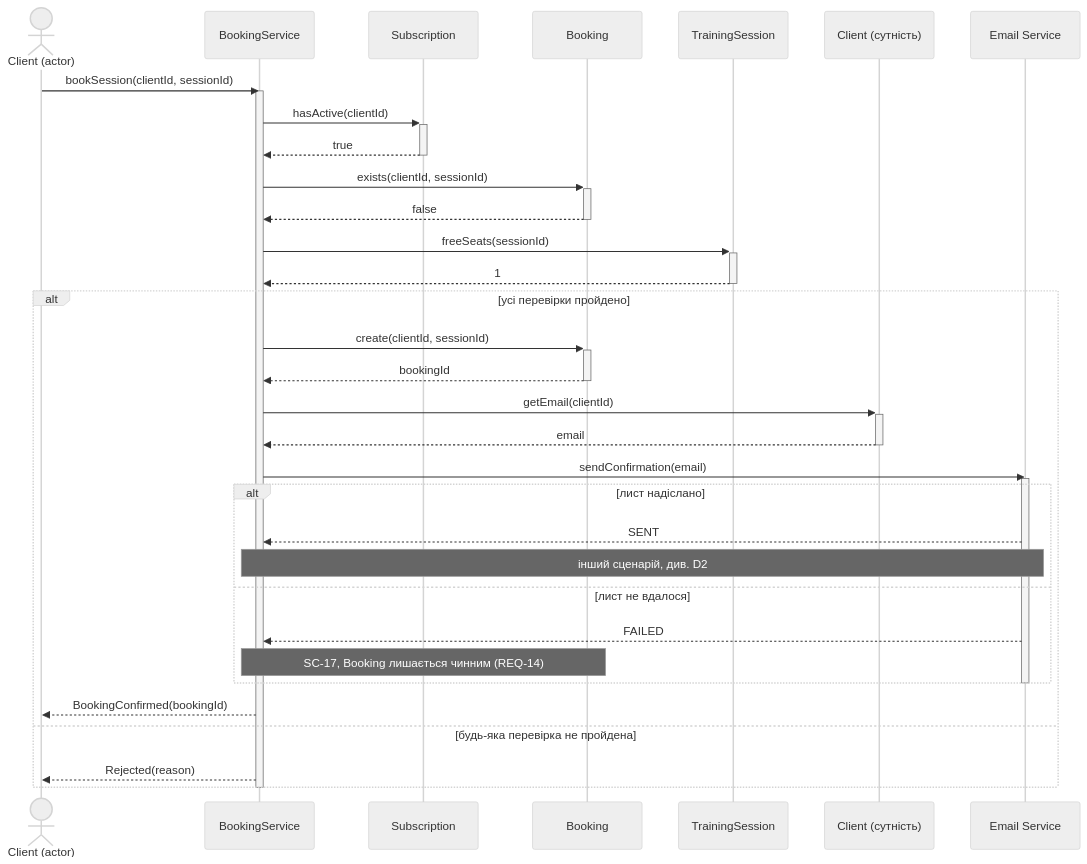
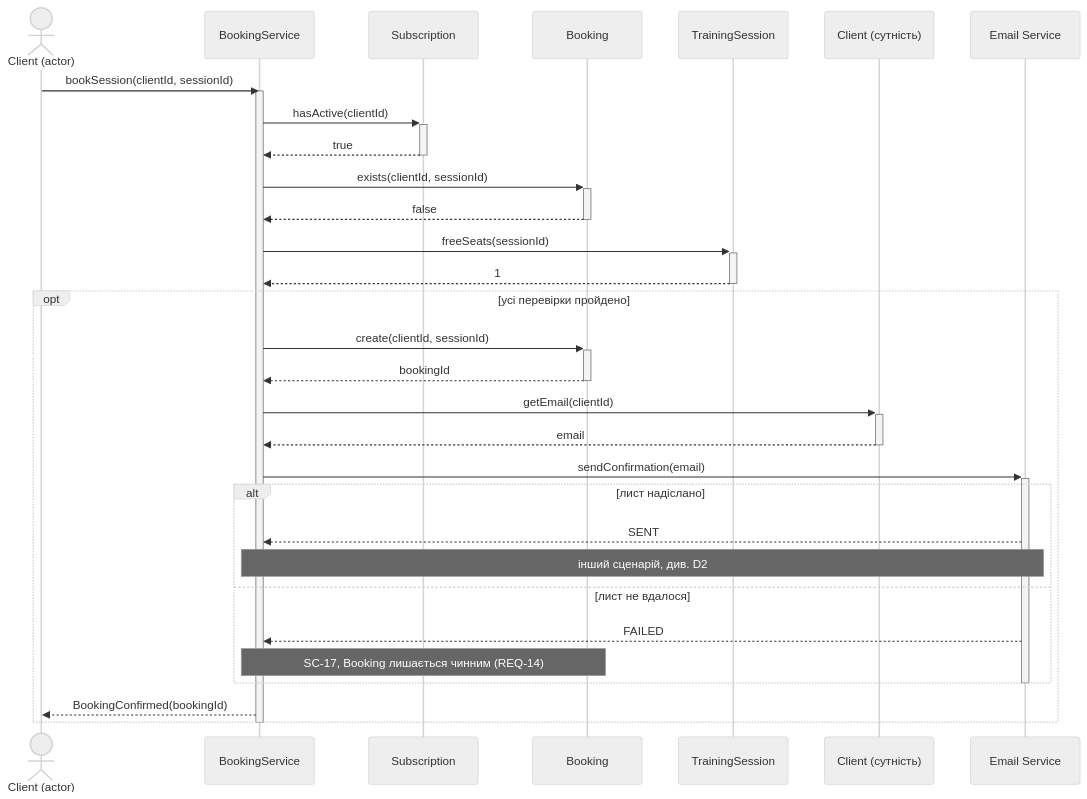
Before and after one commit to vanyadzygman/sec-kpi: the diagram in lab3/diagrams/d3.mmd, drawn with Mermaid (neutral theme). The commit also changed 13 other files, not shown here.

Commit message:
diagrams: regenerate D1-D7

```diff
--- a/lab3/diagrams/d3.mmd
+++ b/lab3/diagrams/d3.mmd
@@ -1,37 +1,34 @@
 sequenceDiagram
     actor C as Client (actor)
     participant BS as BookingService
     participant Sub as Subscription
     participant B as Booking
     participant TS as TrainingSession
     participant CE as Client (сутність)
     participant ES as Email Service
 
     C->>BS: bookSession(clientId, sessionId)
     activate BS
     BS->>+Sub: hasActive(clientId)
     Sub-->>-BS: true
     BS->>+B: exists(clientId, sessionId)
     B-->>-BS: false
     BS->>+TS: freeSeats(sessionId)
     TS-->>-BS: 1
-    alt усі перевірки пройдено
+    opt усі перевірки пройдено
         BS->>+B: create(clientId, sessionId)
         B-->>-BS: bookingId
         BS->>+CE: getEmail(clientId)
         CE-->>-BS: email
-        BS->>ES: sendConfirmation(email)
-        activate ES
+        BS->>+ES: sendConfirmation(email)
         alt лист надіслано
             ES-->>BS: SENT
             Note over BS,ES: інший сценарій, див. D2
         else лист не вдалося
             ES-->>BS: FAILED
             Note over BS,B: SC-17, Booking лишається чинним (REQ-14)
         end
         deactivate ES
         BS-->>C: BookingConfirmed(bookingId)
-    else будь-яка перевірка не пройдена
-        BS-->>C: Rejected(reason)
     end
     deactivate BS
```
